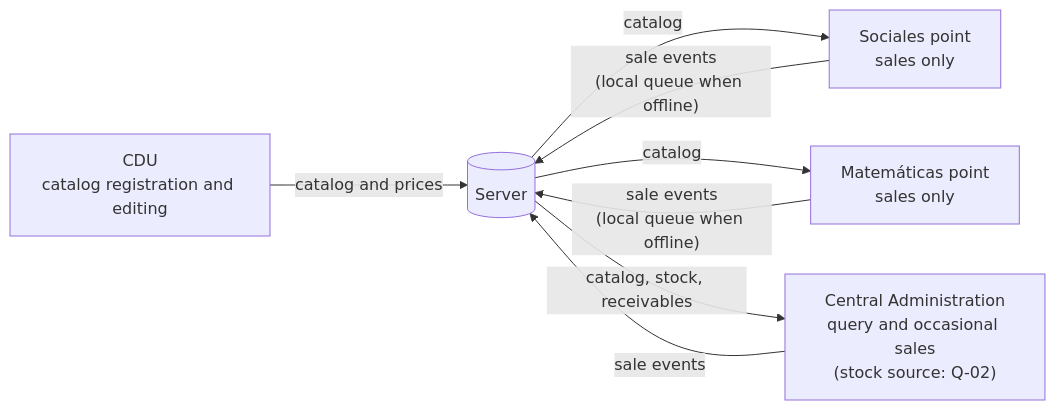
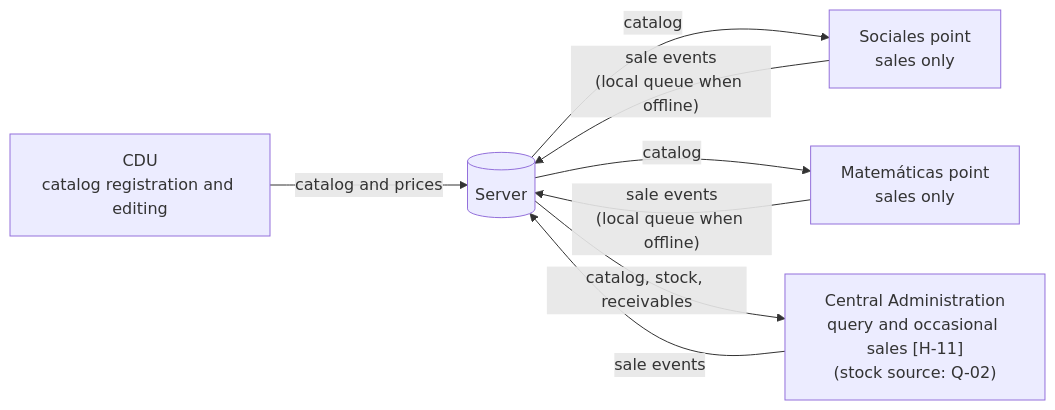
Before and after one commit to Alambrep/boutique-fmat-pos: the diagram in docs/01-definition/project-definition.md, drawn with Mermaid. The commit also changed other lines of this file, not shown here.

````diff
--- a/docs/01-definition/project-definition.md
+++ b/docs/01-definition/project-definition.md
@@ -128,10 +139,10 @@
 ```mermaid
 flowchart LR
   CDU["CDU<br/>catalog registration and editing"] -- "catalog and prices" --> S[("Server")]
   S -- "catalog" --> SOC["Sociales point<br/>sales only"]
   S -- "catalog" --> MAT["Matemáticas point<br/>sales only"]
-  S -- "catalog, stock, receivables" --> ADM["Central Administration<br/>query and occasional sales<br/>(stock source: Q-02)"]
+  S -- "catalog, stock, receivables" --> ADM["Central Administration<br/>query and occasional sales [H-11]<br/>(stock source: Q-02)"]
   SOC -- "sale events<br/>(local queue when offline)" --> S
   MAT -- "sale events<br/>(local queue when offline)" --> S
   ADM -- "sale events" --> S
 ```
````
